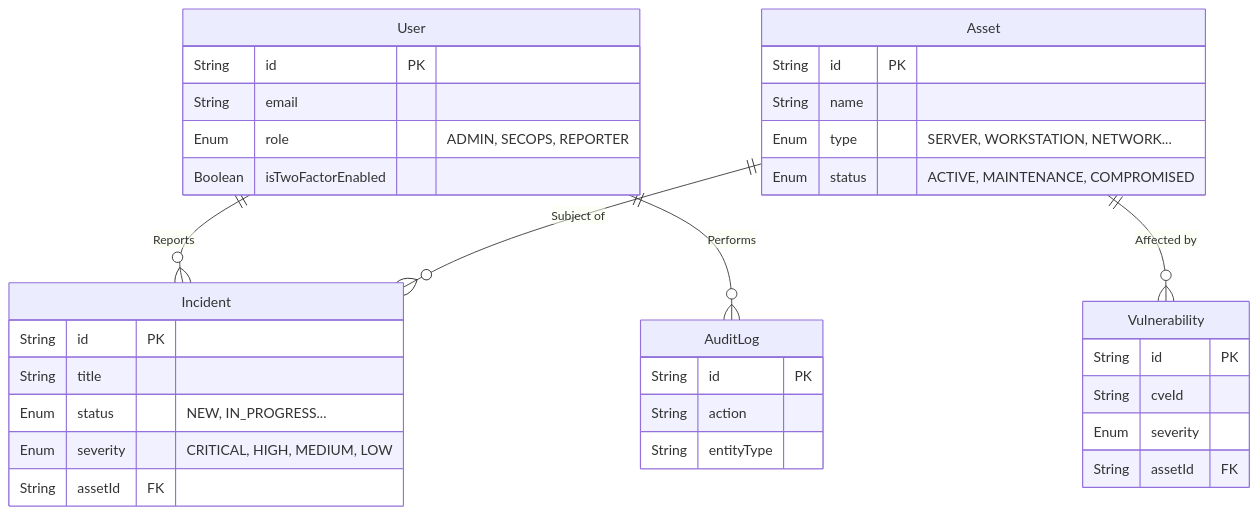
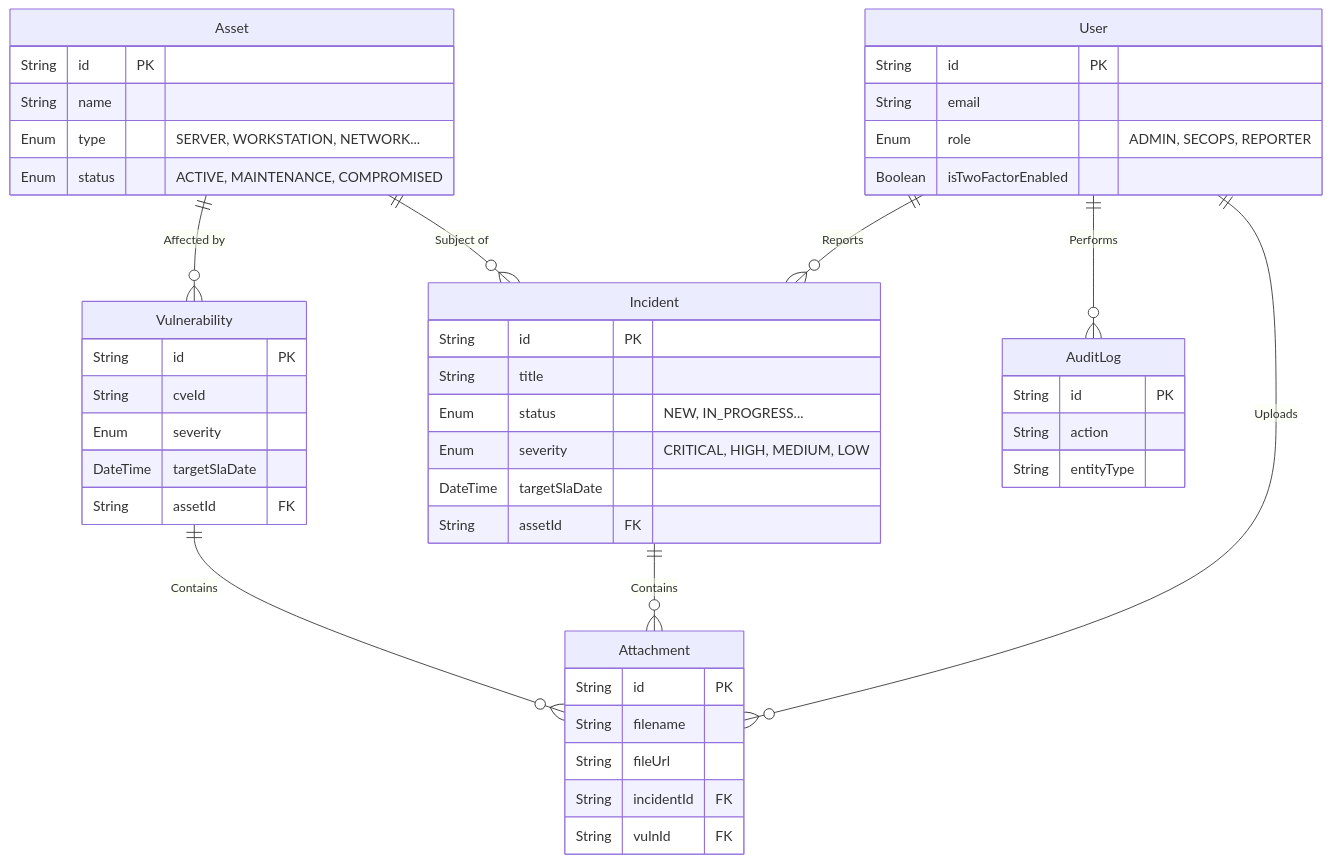
One commit to Cyber-Sec-Space/openticket changed the third of 3 diagrams in docs/ARCHITECTURE.md. Above: the diagram before and after it, drawn with Mermaid. The commit also changed 11 other files, not shown here.

````diff
--- a/docs/ARCHITECTURE.md
+++ b/docs/ARCHITECTURE.md
@@ -59,38 +59,50 @@
 ```mermaid
 erDiagram
     User {
         String id PK
         String email
         Enum role "ADMIN, SECOPS, REPORTER"
         Boolean isTwoFactorEnabled
     }
     Asset {
         String id PK
         String name
         Enum type "SERVER, WORKSTATION, NETWORK..."
         Enum status "ACTIVE, MAINTENANCE, COMPROMISED"
     }
     Incident {
         String id PK
         String title
         Enum status "NEW, IN_PROGRESS..."
         Enum severity "CRITICAL, HIGH, MEDIUM, LOW"
+        DateTime targetSlaDate
         String assetId FK
     }
     Vulnerability {
         String id PK
         String cveId
         Enum severity
+        DateTime targetSlaDate
         String assetId FK
+    }
+    Attachment {
+        String id PK
+        String filename
+        String fileUrl
+        String incidentId FK
+        String vulnId FK
     }
     AuditLog {
         String id PK
         String action
         String entityType
     }
 
     User ||--o{ Incident : "Reports"
     Asset ||--o{ Incident : "Subject of"
     Asset ||--o{ Vulnerability : "Affected by"
     User ||--o{ AuditLog : "Performs"
+    User ||--o{ Attachment : "Uploads"
+    Incident ||--o{ Attachment : "Contains"
+    Vulnerability ||--o{ Attachment : "Contains"
 ```
````
